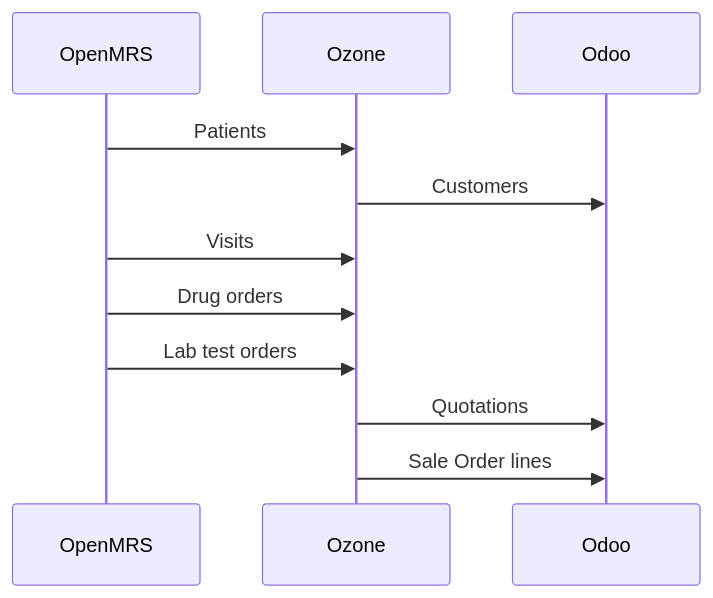
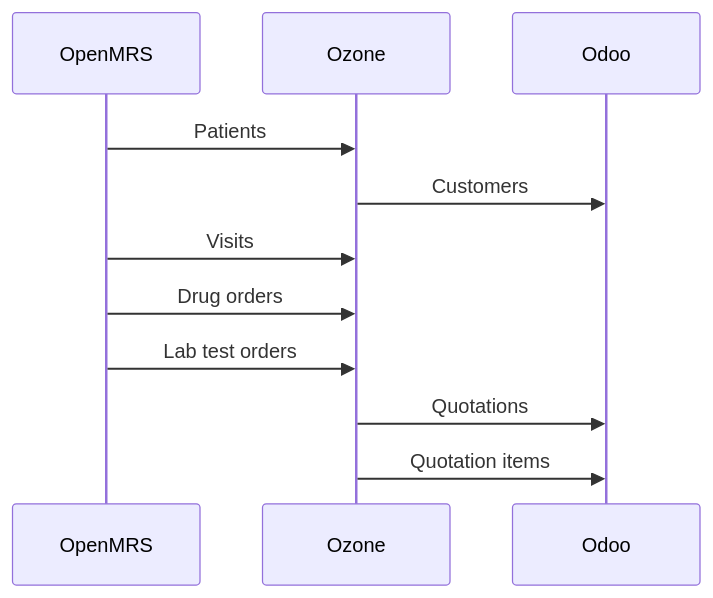
Before and after one commit to ozone-his/ozone-docs: the first of 5 diagrams in docs/users/odoo-openmrs.md, drawn with Mermaid. The commit also changed other lines of this file, not shown here.

````diff
--- a/docs/users/odoo-openmrs.md
+++ b/docs/users/odoo-openmrs.md
@@ -5,13 +5,13 @@
 ``` mermaid
     sequenceDiagram
         participant OpenMRS
         participant Ozone
         participant Odoo
         OpenMRS->>Ozone: Patients
         Ozone->>Odoo: Customers
         OpenMRS->>Ozone: Visits
         OpenMRS->>Ozone: Drug orders
         OpenMRS->>Ozone: Lab test orders
         Ozone->>Odoo: Quotations
-        Ozone->>Odoo: Sale Order lines
+        Ozone->>Odoo: Quotation items
 ```
````
